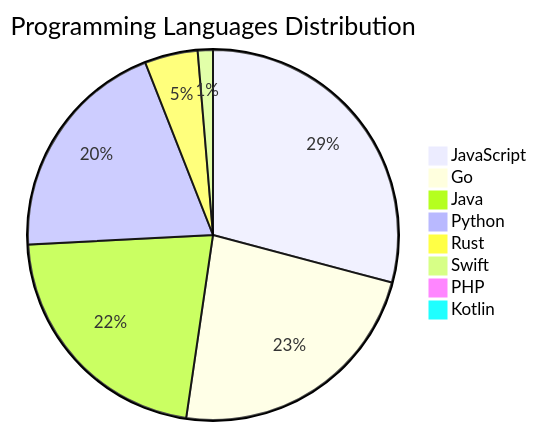
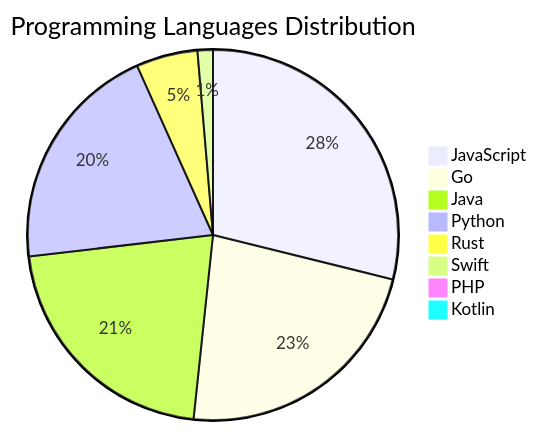
The diagram in README.md (Derrick-MUGISHA/github-activity-bot), drawn with Mermaid before and after one commit. The commit also changed other lines of this file and 4 other files, not shown here.

````diff
--- a/README.md
+++ b/README.md
@@ -208,11 +208,11 @@
 ```mermaid
 pie title Programming Languages Distribution
-    "JavaScript" : 44
-    "Go" : 35
-    "Java" : 33
+    "JavaScript" : 43
+    "Go" : 34
+    "Java" : 32
     "Python" : 30
-    "Rust" : 7
+    "Rust" : 8
     "Swift" : 2
     "PHP" : 1
     "Kotlin" : 1
 ```
````
